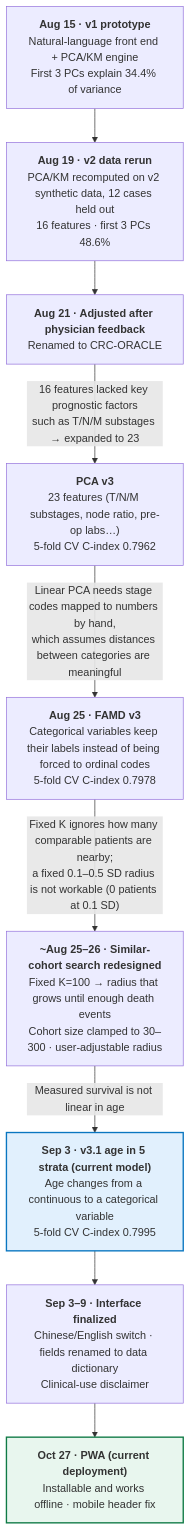
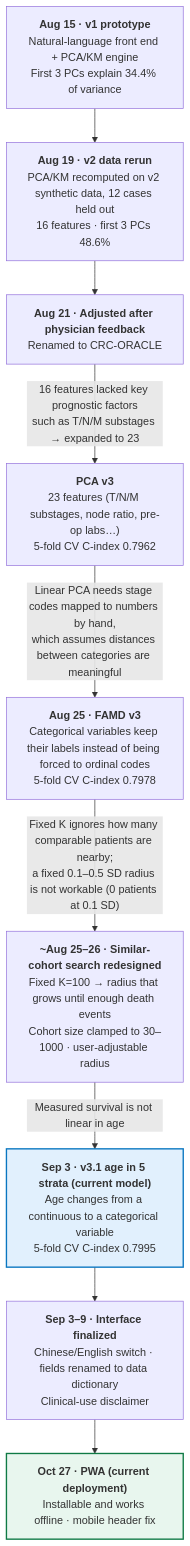
One commit to iminstevenchen/crc-oracle changed the first of 3 diagrams in 04_docs_文件/DEVELOPMENT_HISTORY.md. Above: the diagram before and after it, drawn with Mermaid. The commit also changed other lines of this file and 6 other files, not shown here.

First line of the commit message:
docs: English README, development history with timeline; raise cohort cap 300 to 1000

````diff
--- a/04_docs_文件/DEVELOPMENT_HISTORY.md
+++ b/04_docs_文件/DEVELOPMENT_HISTORY.md
@@ -12,24 +12,24 @@
 ```mermaid
 flowchart TD
     A["<b>Aug 15 · v1 prototype</b><br/>Natural-language front end + PCA/KM engine<br/>First 3 PCs explain 34.4% of variance"]
     B["<b>Aug 19 · v2 data rerun</b><br/>PCA/KM recomputed on v2 synthetic data, 12 cases held out<br/>16 features · first 3 PCs 48.6%"]
     C["<b>Aug 21 · Adjusted after physician feedback</b><br/>Renamed to CRC-ORACLE"]
     D["<b>PCA v3</b><br/>23 features (T/N/M substages, node ratio, pre-op labs…)<br/>5-fold CV C-index 0.7962"]
     E["<b>Aug 25 · FAMD v3</b><br/>Categorical variables keep their labels instead of being forced to ordinal codes<br/>5-fold CV C-index 0.7978"]
-    F["<b>~Aug 25–26 · Similar-cohort search redesigned</b><br/>Fixed K=100 → radius that grows until enough death events<br/>Cohort size clamped to 30–300 · user-adjustable radius"]
+    F["<b>~Aug 25–26 · Similar-cohort search redesigned</b><br/>Fixed K=100 → radius that grows until enough death events<br/>Cohort size clamped to 30–1000 · user-adjustable radius"]
     G["<b>Sep 3 · v3.1 age in 5 strata (current model)</b><br/>Age changes from a continuous to a categorical variable<br/>5-fold CV C-index 0.7995"]
     H["<b>Sep 3–9 · Interface finalized</b><br/>Chinese/English switch · fields renamed to data dictionary<br/>Clinical-use disclaimer"]
     I["<b>Oct 27 · PWA (current deployment)</b><br/>Installable and works offline · mobile header fix"]
 
     A --> B
     B --> C
     C -->|"16 features lacked key prognostic factors<br/>such as T/N/M substages → expanded to 23"| D
     D -->|"Linear PCA needs stage codes mapped to numbers by hand,<br/>which assumes distances between categories are meaningful"| E
     E -->|"Fixed K ignores how many comparable patients are nearby;<br/>a fixed 0.1–0.5 SD radius is not workable (0 patients at 0.1 SD)"| F
     F -->|"Measured survival is not linear in age"| G
     G --> H
     H --> I
 
     style G fill:#e1f0fd,stroke:#0976c0,stroke-width:2px
     style I fill:#e8f6ee,stroke:#0f7a45,stroke-width:2px
 ```
````
